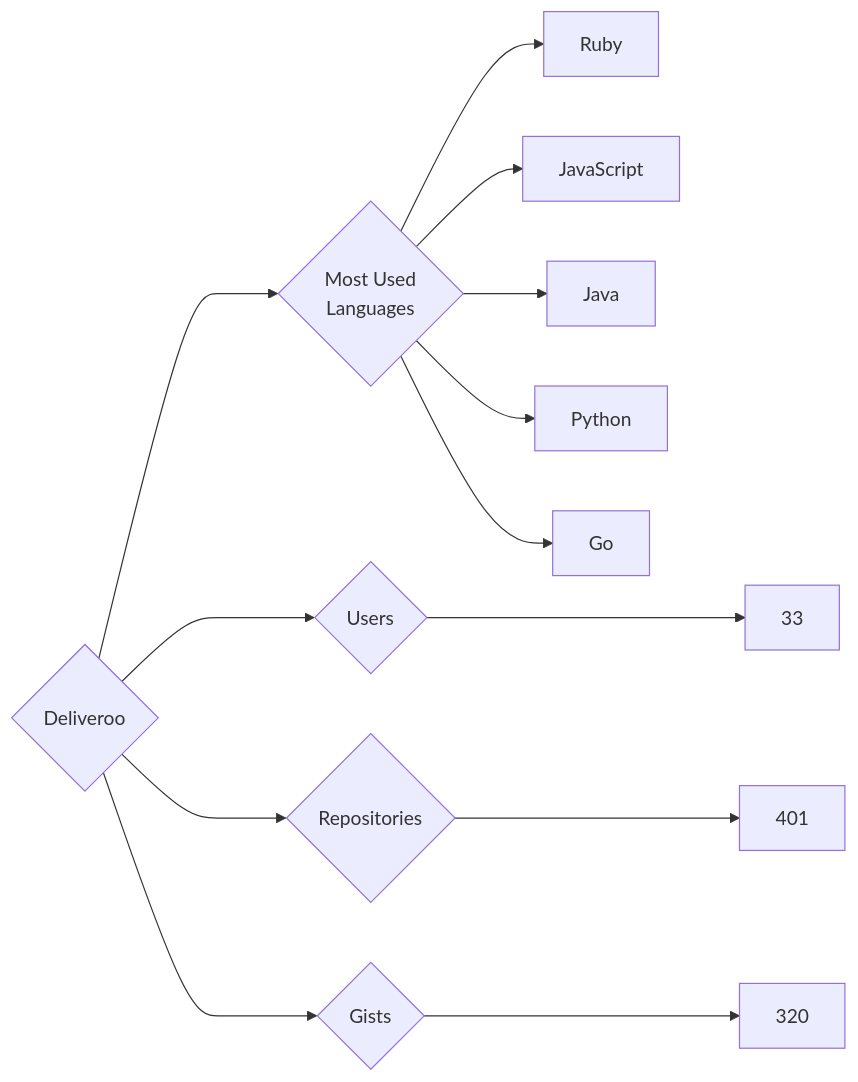
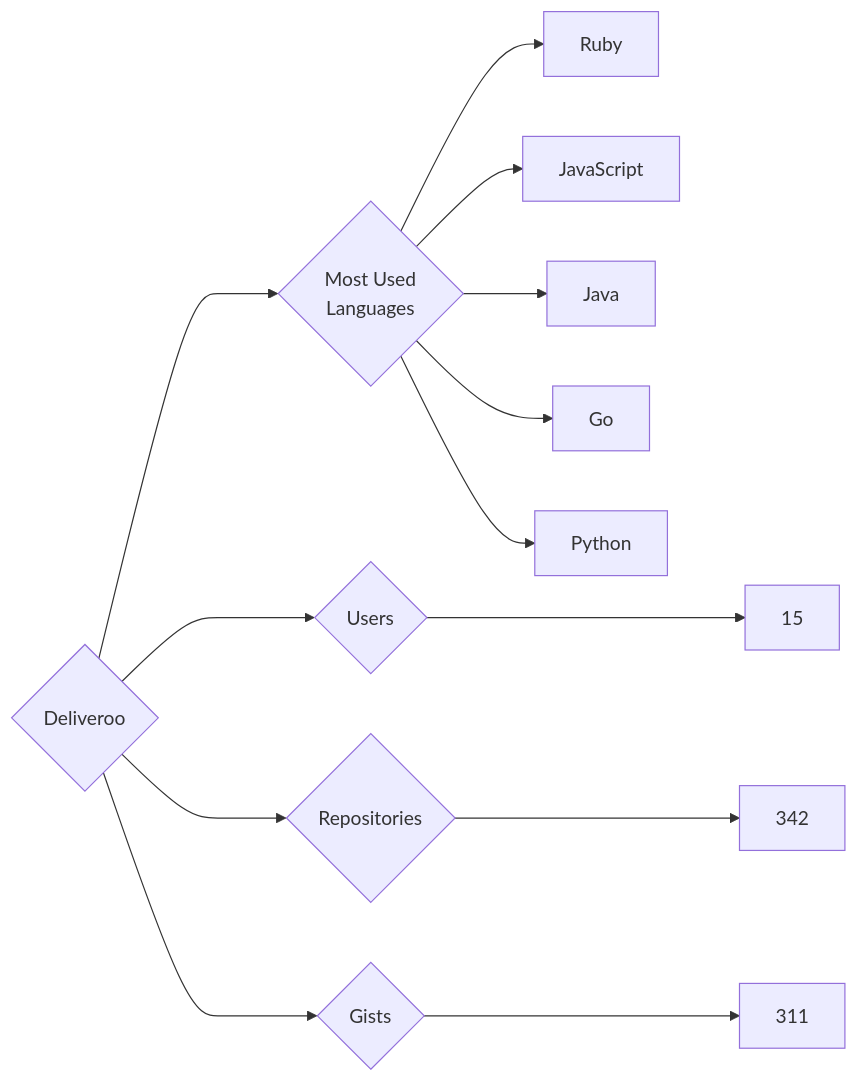
One commit to trickest/insiders changed the diagram in targets/Deliveroo/README.md. Above: the diagram before and after it, drawn with Mermaid. The commit also changed 639 other files, not shown here.

````diff
--- a/targets/Deliveroo/README.md
+++ b/targets/Deliveroo/README.md
@@ -3,13 +3,13 @@
 ```mermaid
 graph LR
 COMPANY_NAME{Deliveroo}
-COMPANY_NAME ---> U{Users} ---> UN[33]
-COMPANY_NAME ---> R{Repositories} ---> RN[401]
-COMPANY_NAME ---> G{Gists} ---> GN[320]
+COMPANY_NAME ---> U{Users} ---> UN[15]
+COMPANY_NAME ---> R{Repositories} ---> RN[342]
+COMPANY_NAME ---> G{Gists} ---> GN[311]
 COMPANY_NAME ---> ML{Most Used<br>Languages}
 ML --> Ruby[Ruby]
 ML --> JavaScript[JavaScript]
 ML --> Java[Java]
+ML --> Go[Go]
 ML --> Python[Python]
-ML --> Go[Go]
 ```
````
